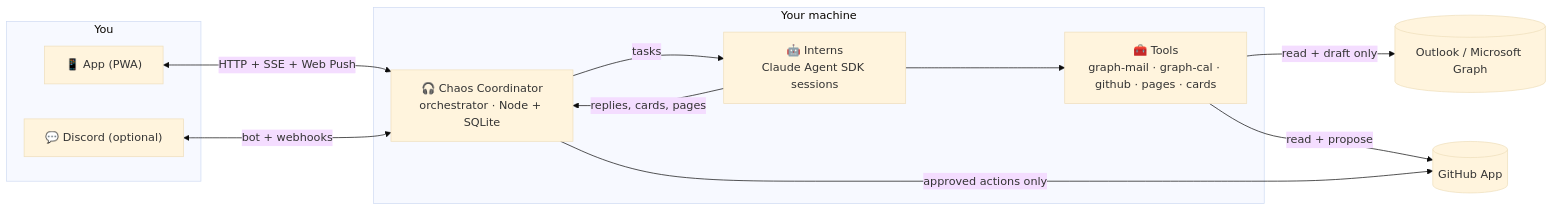
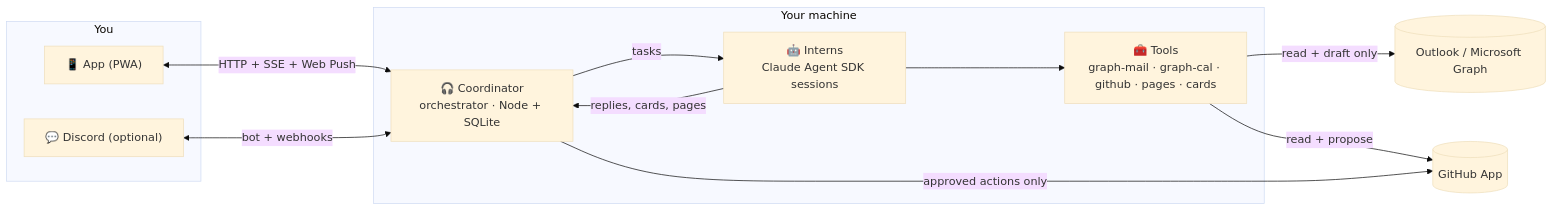
The diagram in README.md (jpdlr/interns), drawn with Mermaid (base theme) before and after one commit. The commit also changed other lines of this file and 30 other files, not shown here.

````diff
--- a/README.md
+++ b/README.md
@@ -65,23 +65,23 @@
 ```mermaid
 flowchart LR
   subgraph You
     App["📱 App (PWA)"]
     Discord["💬 Discord (optional)"]
   end
   subgraph Box["Your machine"]
-    Coord["🎧 Chaos Coordinator<br/>orchestrator · Node + SQLite"]
+    Coord["🎧 Coordinator<br/>orchestrator · Node + SQLite"]
     Interns["🤖 Interns<br/>Claude Agent SDK sessions"]
     Tools["🧰 Tools<br/>graph-mail · graph-cal · github · pages · cards"]
   end
   Outlook[("Outlook / Microsoft Graph")]
   GitHub[("GitHub App")]
 
   App <-- "HTTP + SSE + Web Push" --> Coord
   Discord <-- "bot + webhooks" --> Coord
   Coord -- "tasks" --> Interns
   Interns -- "replies, cards, pages" --> Coord
   Interns --> Tools
   Tools -- "read + draft only" --> Outlook
   Tools -- "read + propose" --> GitHub
   Coord -- "approved actions only" --> GitHub
 ```
````
